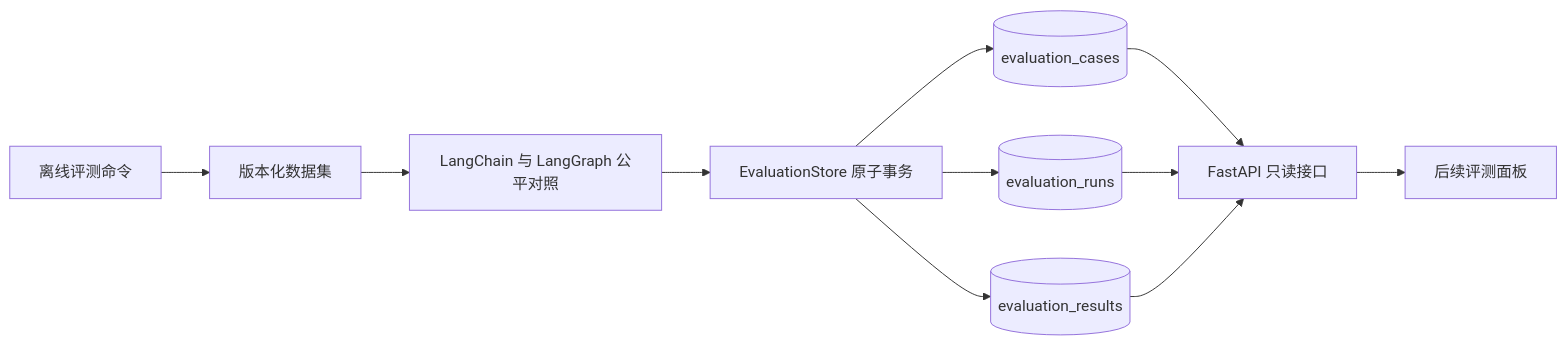
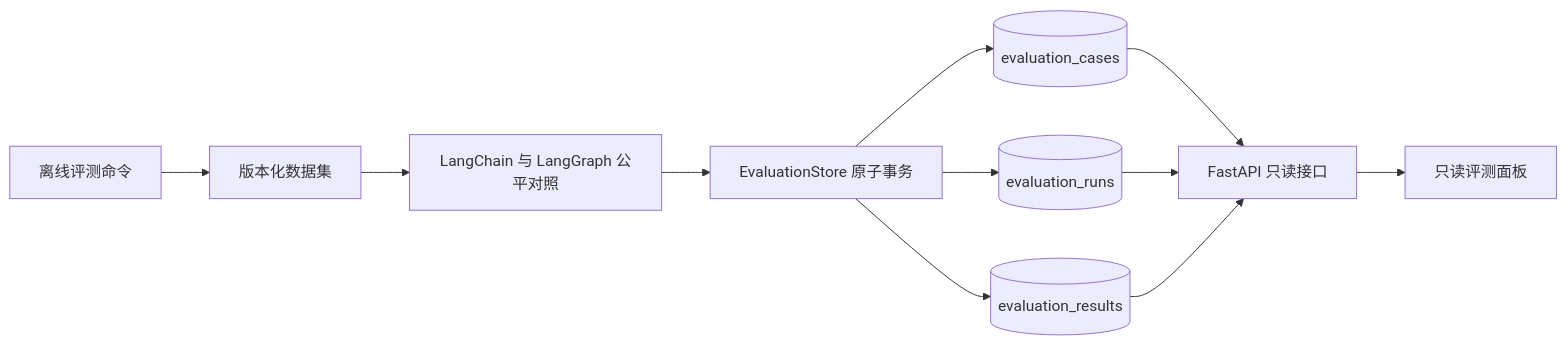
One commit to kill-t/ops-swarm changed the first of 2 diagrams in docs/architecture/23-evaluation-persistence-and-query.md. Above: the diagram before and after it, drawn with Mermaid. The commit also changed other lines of this file and 19 other files, not shown here.

````diff
--- a/docs/architecture/23-evaluation-persistence-and-query.md
+++ b/docs/architecture/23-evaluation-persistence-and-query.md
@@ -11,23 +11,23 @@
 ```mermaid
 flowchart LR
     command[离线评测命令]
     dataset[版本化数据集]
     runner[LangChain 与 LangGraph 公平对照]
     store[EvaluationStore 原子事务]
     cases[(evaluation_cases)]
     runs[(evaluation_runs)]
     results[(evaluation_results)]
     api[FastAPI 只读接口]
-    panel[后续评测面板]
+    panel[只读评测面板]
 
     command --> dataset
     dataset --> runner
     runner --> store
     store --> cases
     store --> runs
     store --> results
     cases --> api
     runs --> api
     results --> api
     api --> panel
 ```
````
